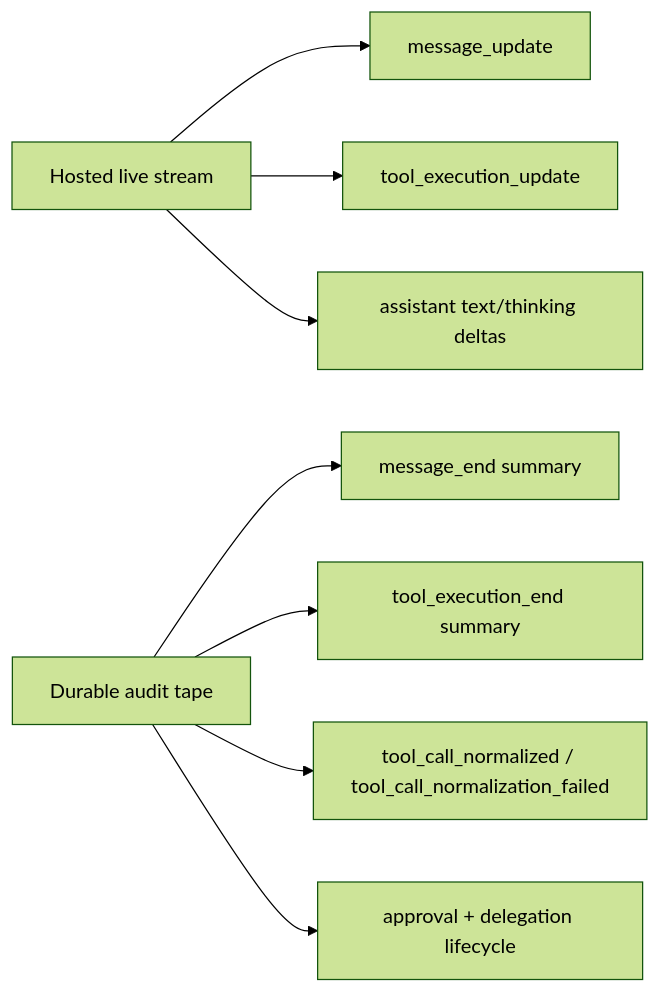
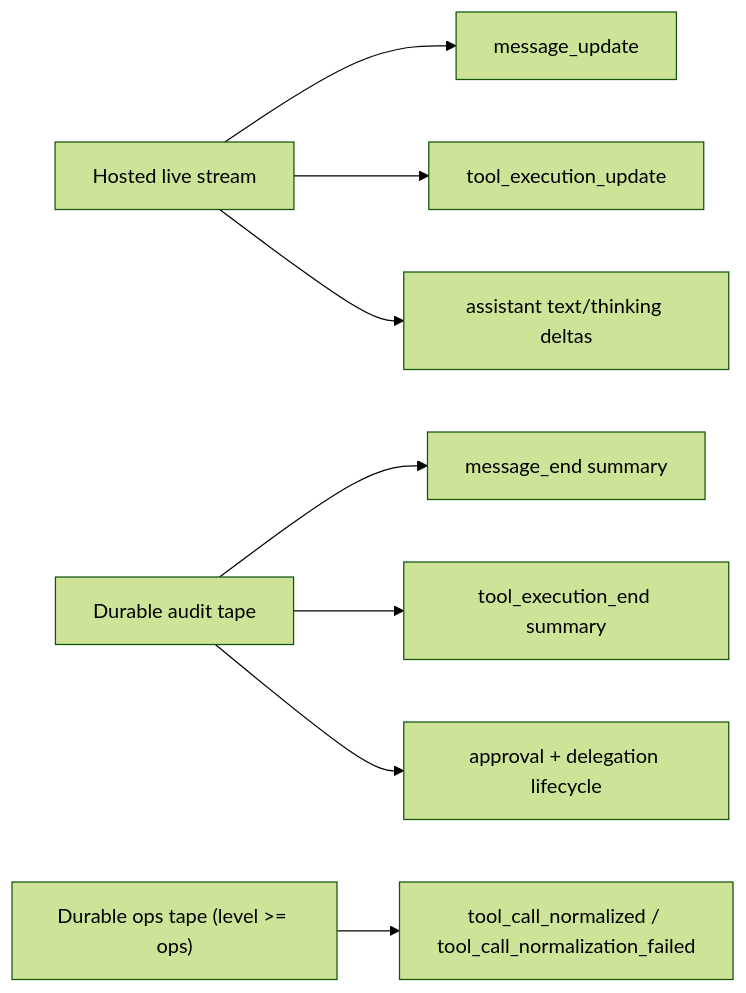
The fourth of 9 diagrams in docs/architecture/control-and-data-flow.md (arcthur/brewva), drawn with Mermaid (forest theme) before and after one commit. The commit also changed 77 other files, not shown here.

````diff
--- a/docs/architecture/control-and-data-flow.md
+++ b/docs/architecture/control-and-data-flow.md
@@ -61,11 +61,12 @@
 ```mermaid
 flowchart LR
   LIVE["Hosted live stream"] --> L1["message_update"]
   LIVE --> L2["tool_execution_update"]
   LIVE --> L3["assistant text/thinking deltas"]
 
   AUDIT["Durable audit tape"] --> A1["message_end summary"]
   AUDIT --> A2["tool_execution_end summary"]
-  AUDIT --> A3["tool_call_normalized / tool_call_normalization_failed"]
   AUDIT --> A4["approval + delegation lifecycle"]
+
+  OPS["Durable ops tape (level >= ops)"] --> O1["tool_call_normalized / tool_call_normalization_failed"]
 ```
````
